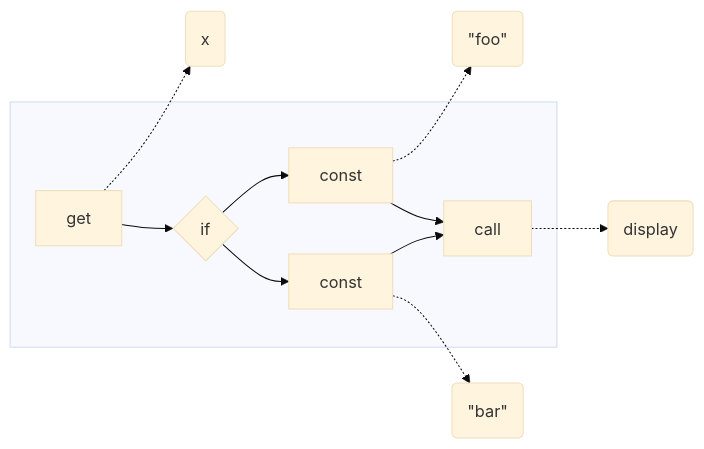
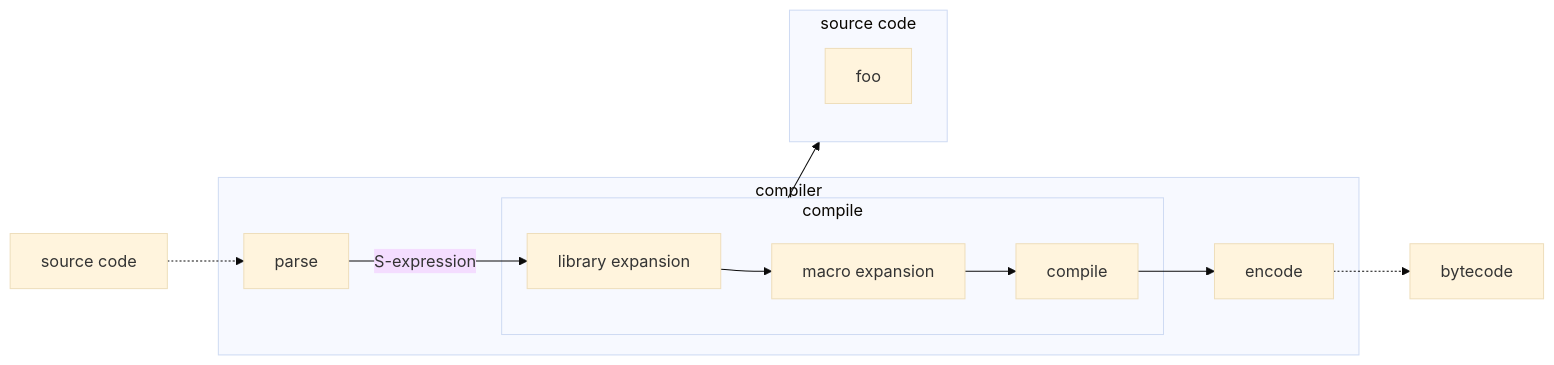
The diagram in slides/papers/stak-scheme/eval.mmd (raviqqe/doc), drawn with Mermaid (base theme) before and after one commit.

```diff
--- a/slides/papers/stak-scheme/eval.mmd
+++ b/slides/papers/stak-scheme/eval.mmd
@@ -1,10 +1,20 @@
 flowchart LR
-  c0 -.-> d0(x)
-  c2 -.-> d1(#quot;foo#quot;)
-  c4 -.-> d3(display)
+  d0[source code] -.-> c1
 
-  subgraph s[ ]
-    c0[get] --> c1{if} --> c2[const] & c3[const] --> c4[call]
+  subgraph s0[compiler]
+    c1[parse] -- S-expression --> c2
+
+    subgraph s1[compile]
+      c2[library expansion] --> c3[macro expansion] --> c4[compile]
+    end
+
+    c4 --> c5[encode]
   end
 
-  c3 -.-> d2(#quot;bar#quot;)
+  c5 -.-> d1[bytecode]
+
+  s1 --> s2
+
+  subgraph s2[source code]
+    foo
+  end
```
